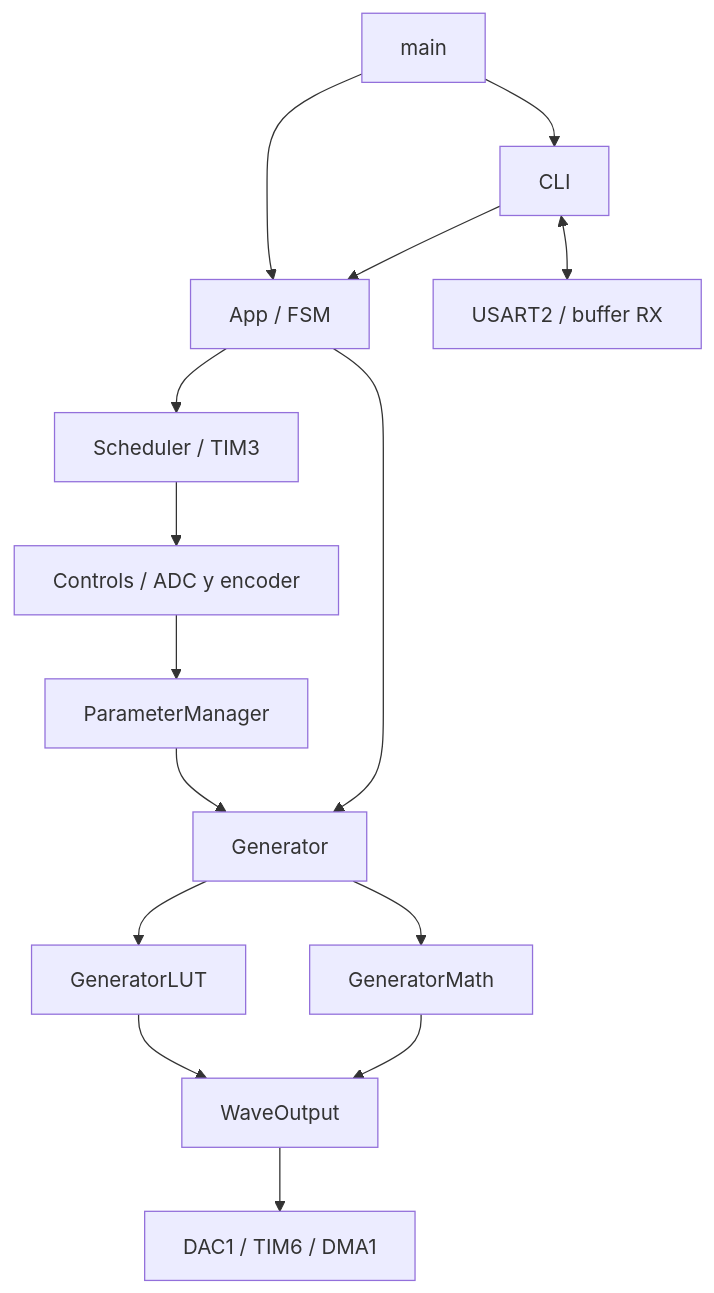
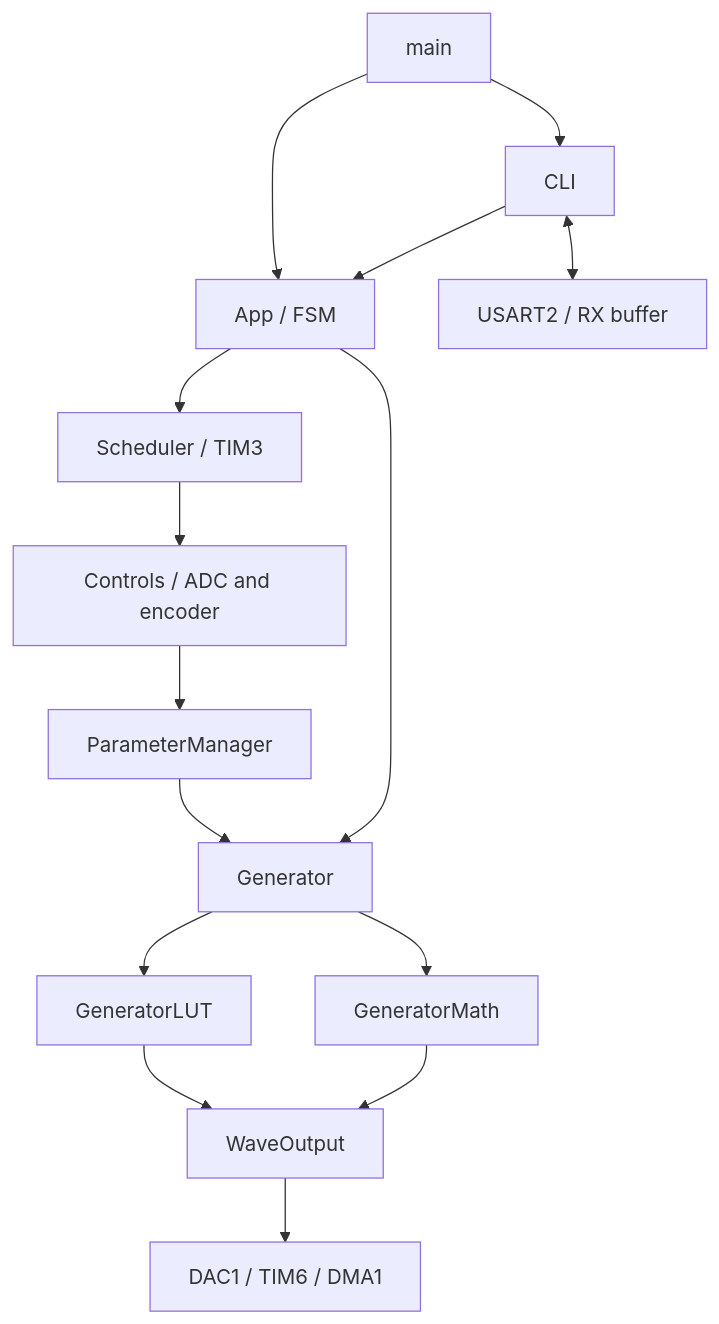
The first of 2 diagrams in docs/ARCHITECTURE.md (MichelMartinez-hub/Signal_Generator_V1), drawn with Mermaid before and after one commit. The commit also changed other lines of this file and 6 other files, not shown here.

````diff
--- a/docs/ARCHITECTURE.md
+++ b/docs/ARCHITECTURE.md
@@ -7,17 +7,17 @@
 ```mermaid
 flowchart TD
     Main[main] --> App[App / FSM]
     Main --> CLI[CLI]
     CLI --> App
-    CLI <--> UART[USART2 / buffer RX]
+    CLI <--> UART[USART2 / RX buffer]
     App --> Scheduler[Scheduler / TIM3]
-    Scheduler --> Controls[Controls / ADC y encoder]
+    Scheduler --> Controls[Controls / ADC and encoder]
     Controls --> PM[ParameterManager]
     PM --> Generator[Generator]
     App --> Generator
     Generator --> LUT[GeneratorLUT]
     Generator --> Math[GeneratorMath]
     LUT --> Output[WaveOutput]
     Math --> Output
     Output --> DAC[DAC1 / TIM6 / DMA1]
 ```
````
